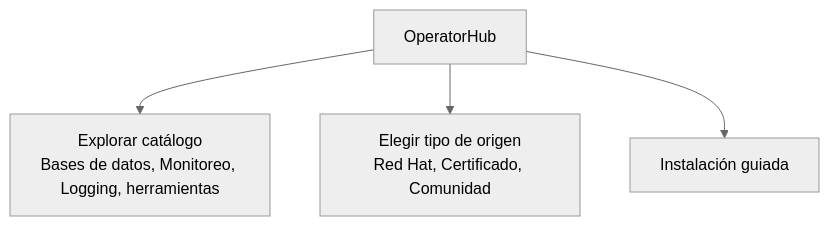
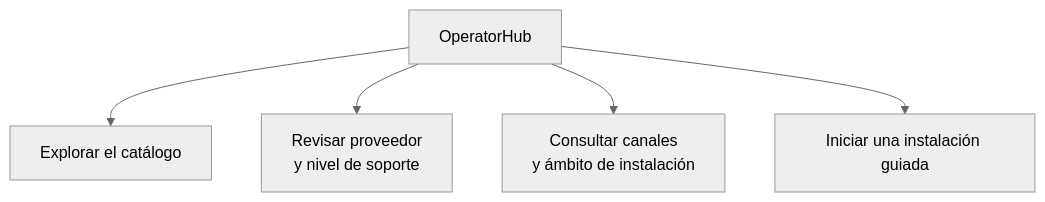
One commit to ieftraining/curso-openshift changed the third of 4 diagrams in docs/sesion3/3.7 Operadores.md. Above: the diagram before and after it, drawn with Mermaid (neutral theme). The commit also changed other lines of this file, not shown here.

````diff
--- a/docs/sesion3/3.7 Operadores.md
+++ b/docs/sesion3/3.7 Operadores.md
@@ -79,6 +99,7 @@
 ```mermaid
 flowchart TD
-    A[OperatorHub] --> B[Explorar catálogo<br>Bases de datos, Monitoreo, Logging, herramientas]
-    A --> C[Elegir tipo de origen<br>Red Hat, Certificado, Comunidad]
-    A --> D[Instalación guiada]
+    A[OperatorHub] --> B[Explorar el catálogo]
+    A --> C[Revisar proveedor<br/>y nivel de soporte]
+    A --> D[Consultar canales<br/>y ámbito de instalación]
+    A --> E[Iniciar una instalación guiada]
 ```
````
